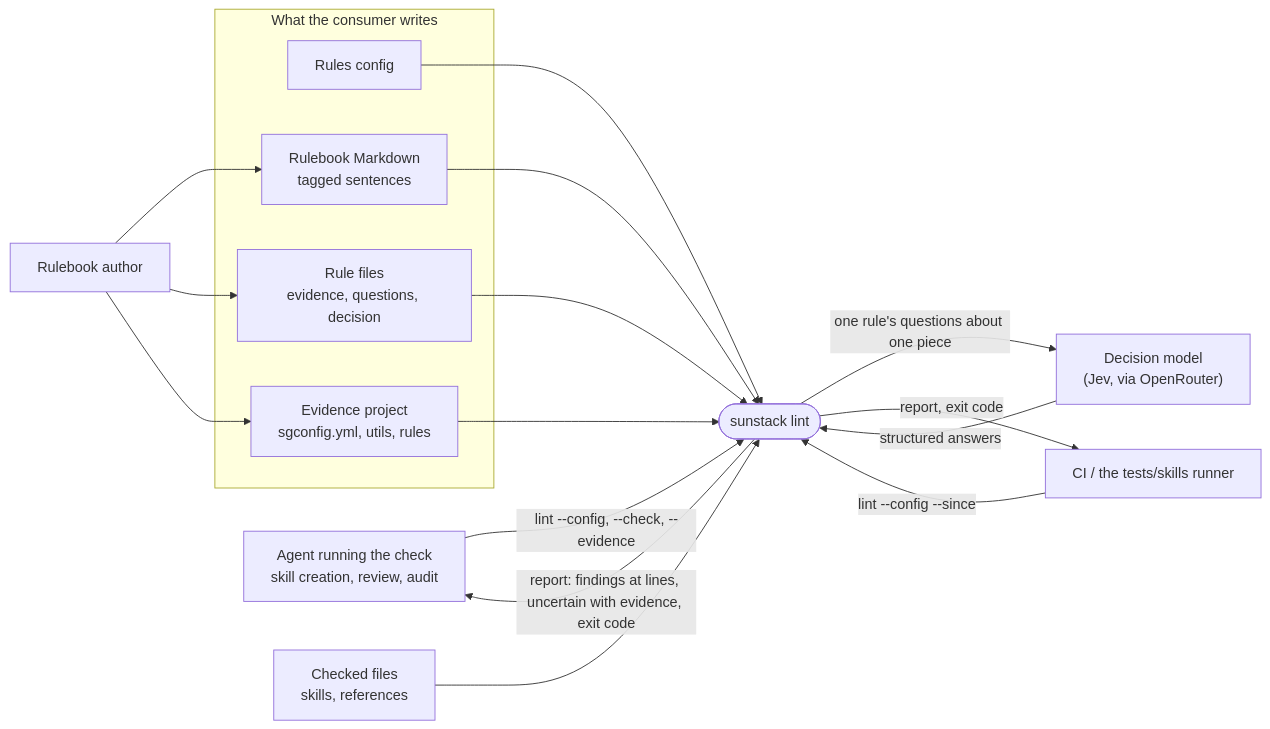
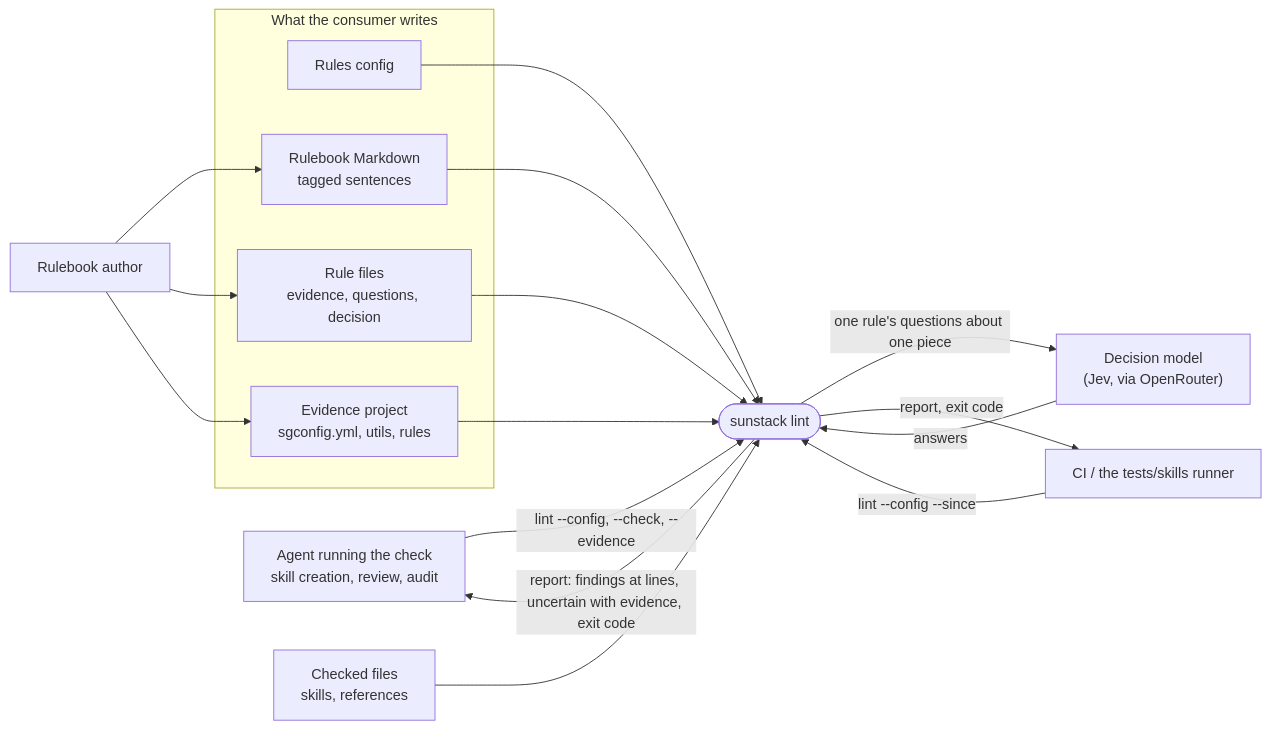
Before and after one commit to ShravanSunder/sunstack-tools: the first of 2 diagrams in docs/specs/2026-10-29-skill-rules-evidence-and-decisions/specification.md, drawn with Mermaid. The commit also changed other lines of this file and 1 other file, not shown here.

````diff
--- a/docs/specs/2026-10-29-skill-rules-evidence-and-decisions/specification.md
+++ b/docs/specs/2026-10-29-skill-rules-evidence-and-decisions/specification.md
@@ -7,29 +7,29 @@
 ```mermaid
 flowchart LR
   agent["Agent running the check<br/>skill creation, review, audit"]
   ci["CI / the tests/skills runner"]
   author["Rulebook author"]
   subgraph inputs["What the consumer writes"]
     config["Rules config"]
     rulebook["Rulebook Markdown<br/>tagged sentences"]
     rules["Rule files<br/>evidence, questions, decision"]
     project["Evidence project<br/>sgconfig.yml, utils, rules"]
   end
   checked["Checked files<br/>skills, references"]
   sunstack(["sunstack lint"])
   model["Decision model<br/>(Jev, via OpenRouter)"]
   author --> rulebook
   author --> rules
   author --> project
   agent -- "lint --config, --check, --evidence" --> sunstack
   ci -- "lint --config --since" --> sunstack
   config --> sunstack
   rulebook --> sunstack
   rules --> sunstack
   project --> sunstack
   checked --> sunstack
   sunstack -- "one rule's questions about one piece" --> model
-  model -- "structured answers" --> sunstack
+  model -- "answers" --> sunstack
   sunstack -- "report: findings at lines, uncertain with evidence, exit code" --> agent
   sunstack -- "report, exit code" --> ci
 ```
````
